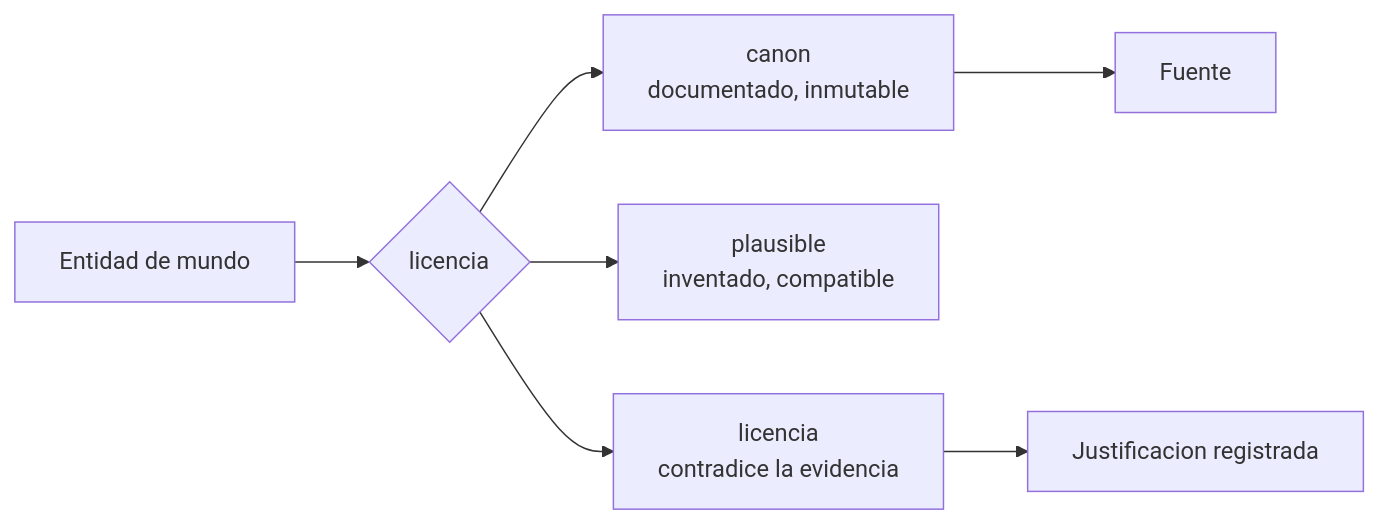
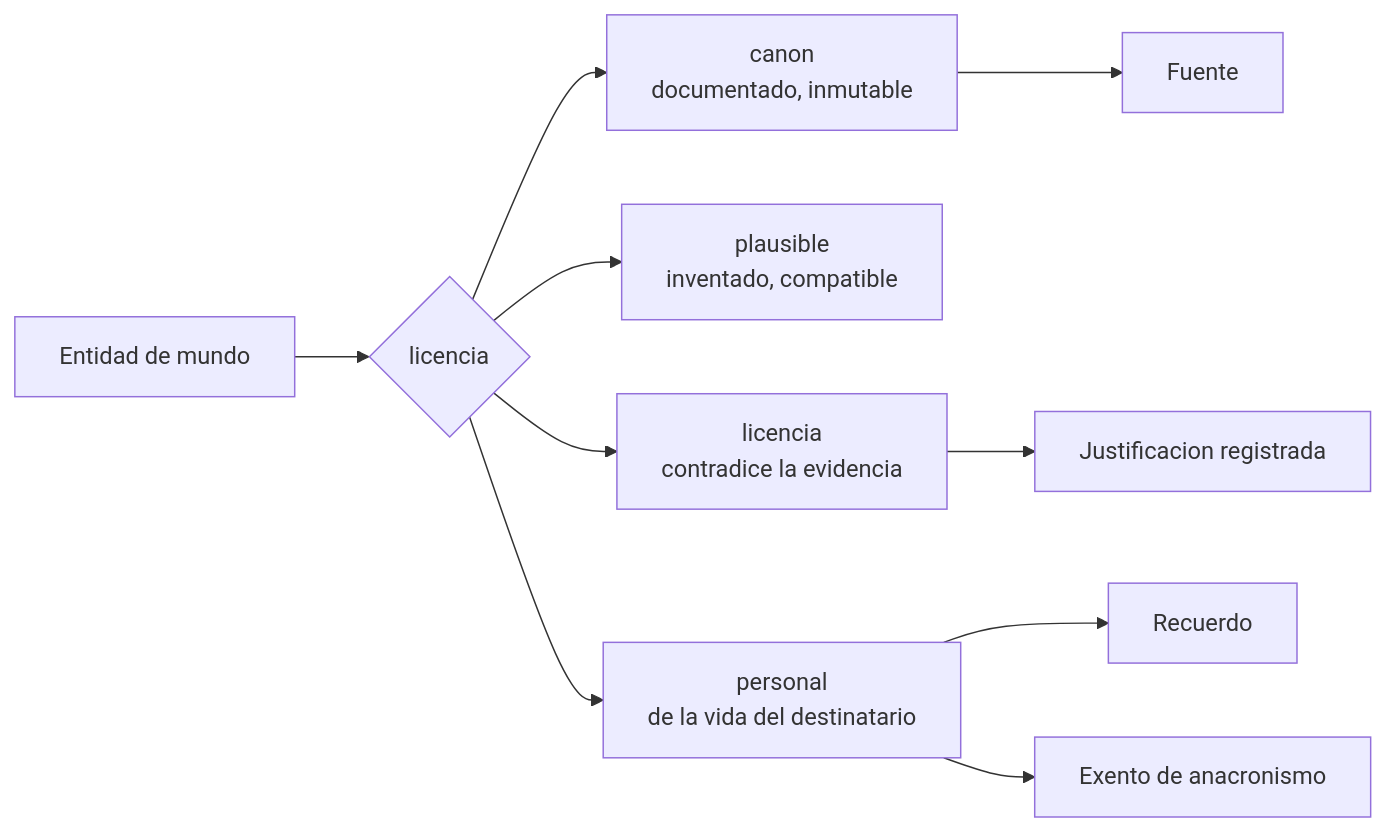
One commit to alvarofernandezqaracter/my-story-maker changed the third of 8 diagrams in docs/domain-knowledge.md. Above: the diagram before and after it, drawn with Mermaid. The commit also changed other lines of this file and 4 other files, not shown here.

First line of the commit message:
docs: la ontologia admite el mundo personal del destinatario

````diff
--- a/docs/domain-knowledge.md
+++ b/docs/domain-knowledge.md
@@ -61,9 +65,12 @@
 ```mermaid
 flowchart LR
   ENT[Entidad de mundo] --> LIC{licencia}
   LIC --> C[canon<br/>documentado, inmutable]
   LIC --> P[plausible<br/>inventado, compatible]
   LIC --> D[licencia<br/>contradice la evidencia]
+  LIC --> PE[personal<br/>de la vida del destinatario]
   C --> F[Fuente]
   D --> J[Justificacion registrada]
+  PE --> R[Recuerdo]
+  PE --> X[Exento de anacronismo]
 ```
````
